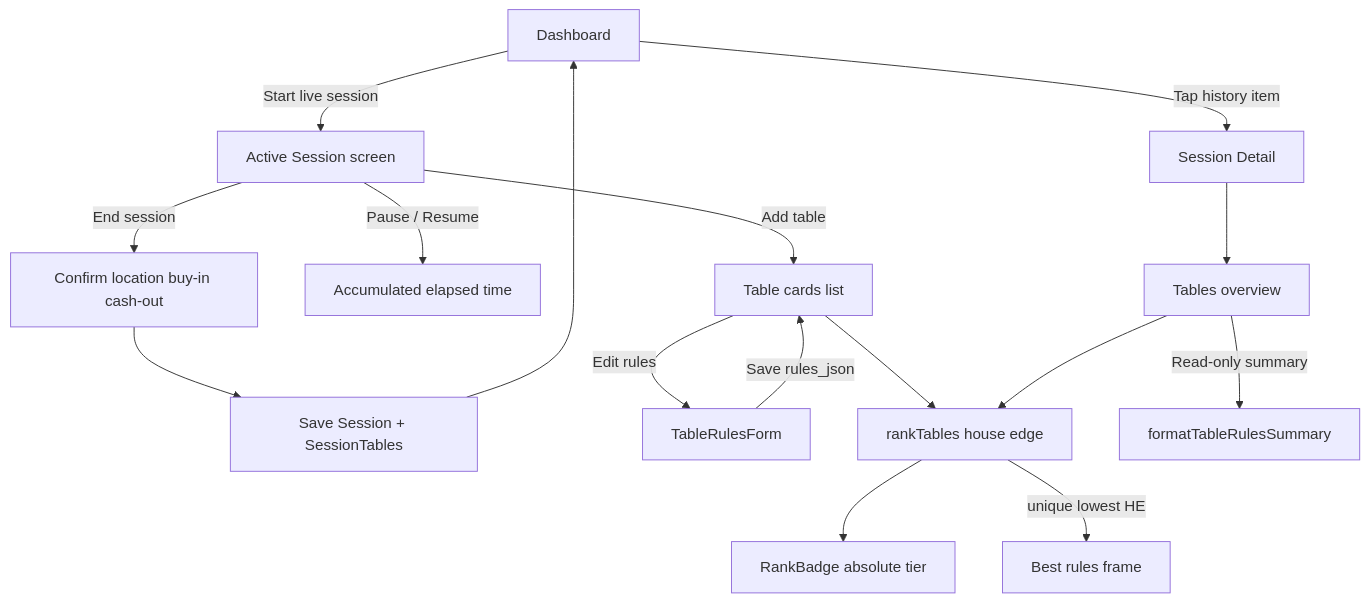
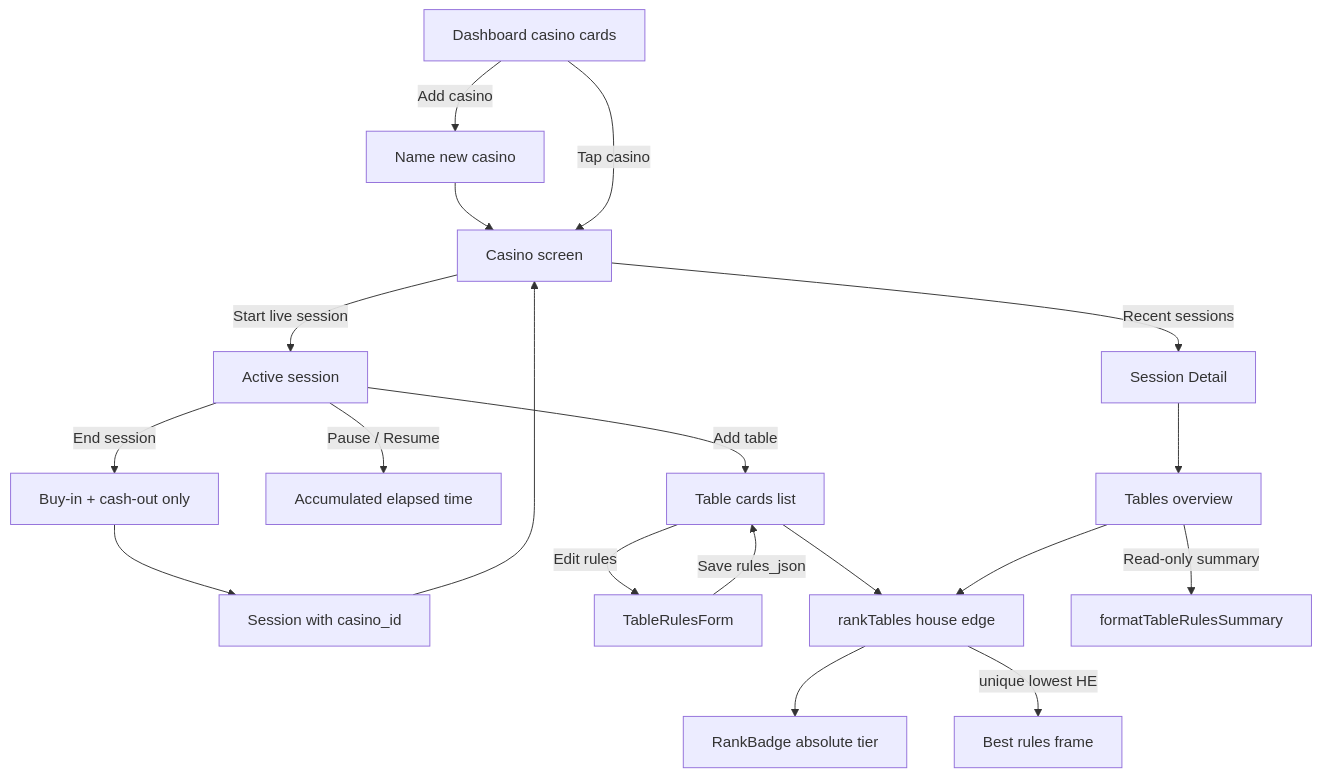
The third of 8 diagrams in docs/flow.md (Trevor5008/StackTrack), drawn with Mermaid before and after one commit. The commit also changed other lines of this file and 27 other files, not shown here.

````diff
--- a/docs/flow.md
+++ b/docs/flow.md
@@ -53,18 +56,21 @@
 ```mermaid
 flowchart TD
-  Dashboard[Dashboard] -->|Start live session| Live[Active Session screen]
+  Dashboard[Dashboard casino cards] -->|Add casino| AddCasino[Name new casino]
+  AddCasino --> CasinoScreen[Casino screen]
+  Dashboard -->|Tap casino| CasinoScreen
+  CasinoScreen -->|Start live session| Live[Active session]
   Live -->|Add table| Tables[Table cards list]
   Live -->|Pause / Resume| Timer[Accumulated elapsed time]
-  Live -->|End session| EndForm["Confirm location buy-in cash-out"]
-  EndForm --> Persist["Save Session + SessionTables"]
-  Persist --> Dashboard
-  Dashboard -->|Tap history item| Detail[Session Detail]
+  Live -->|End session| EndForm["Buy-in + cash-out only"]
+  EndForm --> Persist["Session with casino_id"]
+  Persist --> CasinoScreen
+  CasinoScreen -->|Recent sessions| Detail[Session Detail]
   Detail --> TableOverview[Tables overview]
   Tables -->|Edit rules| RulesModal[TableRulesForm]
   RulesModal -->|Save rules_json| Tables
   Tables --> Rank[rankTables house edge]
   Rank --> Badge[RankBadge absolute tier]
   Rank -->|unique lowest HE| BestFrame[Best rules frame]
   TableOverview -->|Read-only summary| RulesSummary[formatTableRulesSummary]
   TableOverview --> Rank
 ```
````
